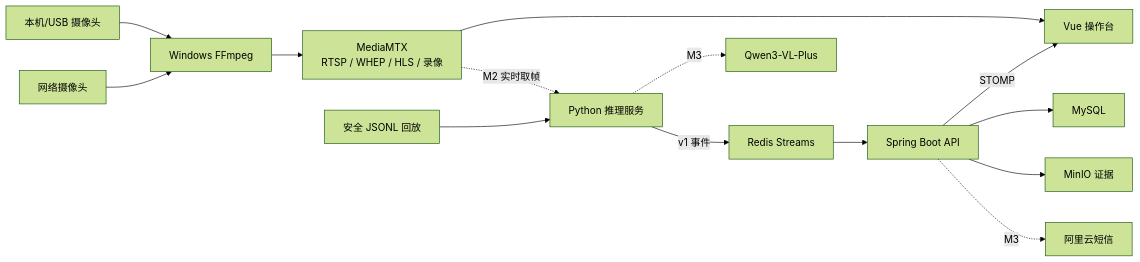
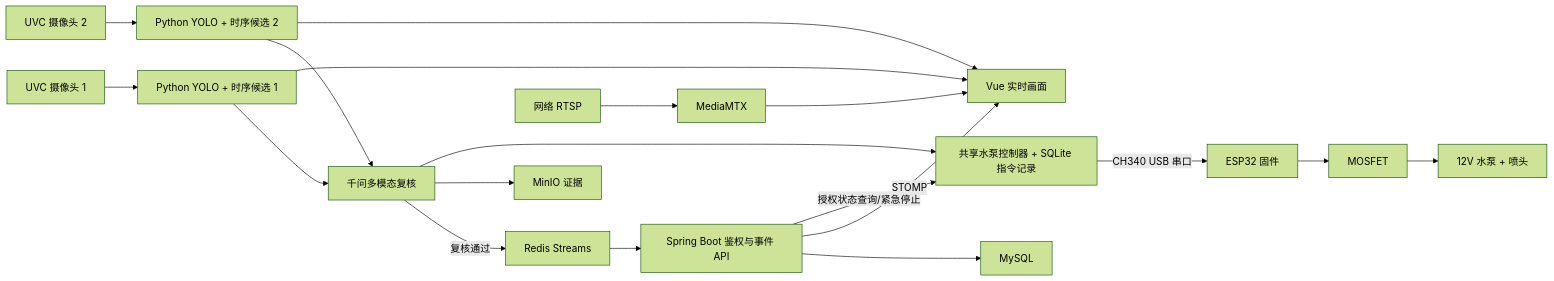
One commit to xsywl945/FireMonitoring changed the diagram in docs/architecture/overview.md. Above: the diagram before and after it, drawn with Mermaid (forest theme). The commit also changed other lines of this file and 8 other files, not shown here.

````diff
--- a/docs/architecture/overview.md
+++ b/docs/architecture/overview.md
@@ -3,16 +5,21 @@
 ```mermaid
 flowchart LR
-    C1["本机/USB 摄像头"] --> F["Windows FFmpeg"]
-    C2["网络摄像头"] --> F
-    F --> M["MediaMTX\nRTSP / WHEP / HLS / 录像"]
-    M --> W["Vue 操作台"]
-    M -. "M2 实时取帧" .-> I["Python 推理服务"]
-    R["安全 JSONL 回放"] --> I
-    I -->|"v1 事件"| RS["Redis Streams"]
-    RS --> A["Spring Boot API"]
-    A --> DB["MySQL"]
-    A -->|"STOMP"| W
-    A --> O["MinIO 证据"]
-    I -. "M3" .-> V["Qwen3-VL-Plus"]
-    A -. "M3" .-> S["阿里云短信"]
+    C1[UVC 摄像头 1] --> I1[Python YOLO + 时序候选 1]
+    C2[UVC 摄像头 2] --> I2[Python YOLO + 时序候选 2]
+    I1 --> V[千问多模态复核]
+    I2 --> V
+    I1 --> W[Vue 实时画面]
+    I2 --> W
+    V -->|复核通过| RS[Redis Streams]
+    RS --> A[Spring Boot 鉴权与事件 API]
+    A --> DB[MySQL]
+    A -->|STOMP| W
+    V --> O[MinIO 证据]
+    V --> P[共享水泵控制器 + SQLite 指令记录]
+    P -->|CH340 USB 串口| E[ESP32 固件]
+    E --> M[MOSFET]
+    M --> WP[12V 水泵 + 喷头]
+    A -->|授权状态查询/紧急停止| P
+    N[网络 RTSP] --> MT[MediaMTX]
+    MT --> W
 ```
````
